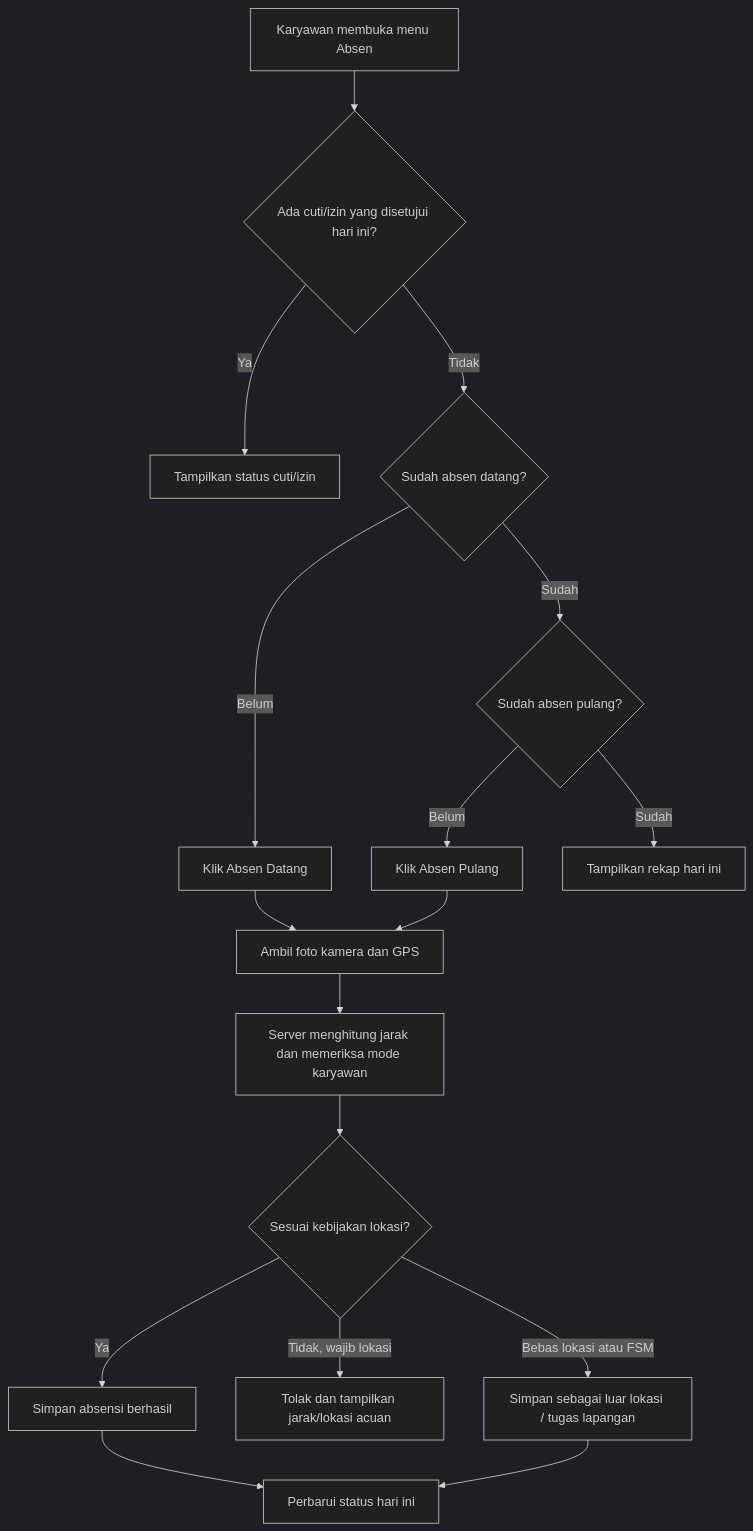
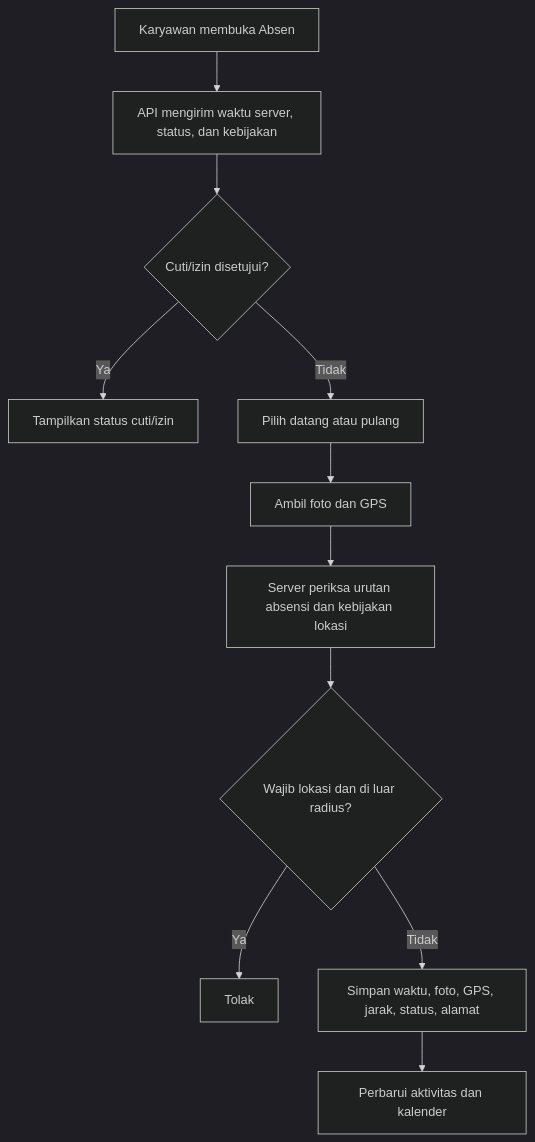
The diagram in Rancangan-Absensi-Terintegrasi-FSM.md (renshigenoi/fsmiml), drawn with Mermaid (dark theme) before and after one commit. The commit also changed other lines of this file and 4 other files, not shown here.

````diff
--- a/Rancangan-Absensi-Terintegrasi-FSM.md
+++ b/Rancangan-Absensi-Terintegrasi-FSM.md
@@ -111,19 +87,13 @@
 ```mermaid
 flowchart TD
-    A[Karyawan membuka menu Absen] --> B{Ada cuti/izin yang disetujui hari ini?}
-    B -->|Ya| C[Tampilkan status cuti/izin]
-    B -->|Tidak| D{Sudah absen datang?}
-    D -->|Belum| E[Klik Absen Datang]
-    D -->|Sudah| F{Sudah absen pulang?}
-    F -->|Belum| G[Klik Absen Pulang]
-    F -->|Sudah| H[Tampilkan rekap hari ini]
-    E --> I[Ambil foto kamera dan GPS]
-    G --> I
-    I --> J[Server menghitung jarak dan memeriksa mode karyawan]
-    J --> K{Sesuai kebijakan lokasi?}
-    K -->|Ya| L[Simpan absensi berhasil]
-    K -->|Tidak, wajib lokasi| M[Tolak dan tampilkan jarak/lokasi acuan]
-    K -->|Bebas lokasi atau FSM| N[Simpan sebagai luar lokasi / tugas lapangan]
-    L --> O[Perbarui status hari ini]
-    N --> O
+    A[Karyawan membuka Absen] --> B[API mengirim waktu server, status, dan kebijakan]
+    B --> C{Cuti/izin disetujui?}
+    C -->|Ya| D[Tampilkan status cuti/izin]
+    C -->|Tidak| E[Pilih datang atau pulang]
+    E --> F[Ambil foto dan GPS]
+    F --> G[Server periksa urutan absensi dan kebijakan lokasi]
+    G --> H{Wajib lokasi dan di luar radius?}
+    H -->|Ya| I[Tolak]
+    H -->|Tidak| J[Simpan waktu, foto, GPS, jarak, status, alamat]
+    J --> K[Perbarui aktivitas dan kalender]
 ```
````
